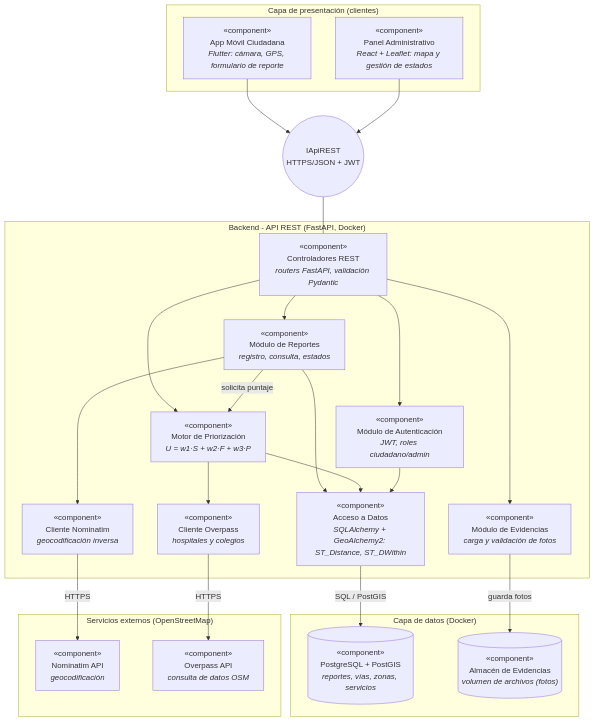
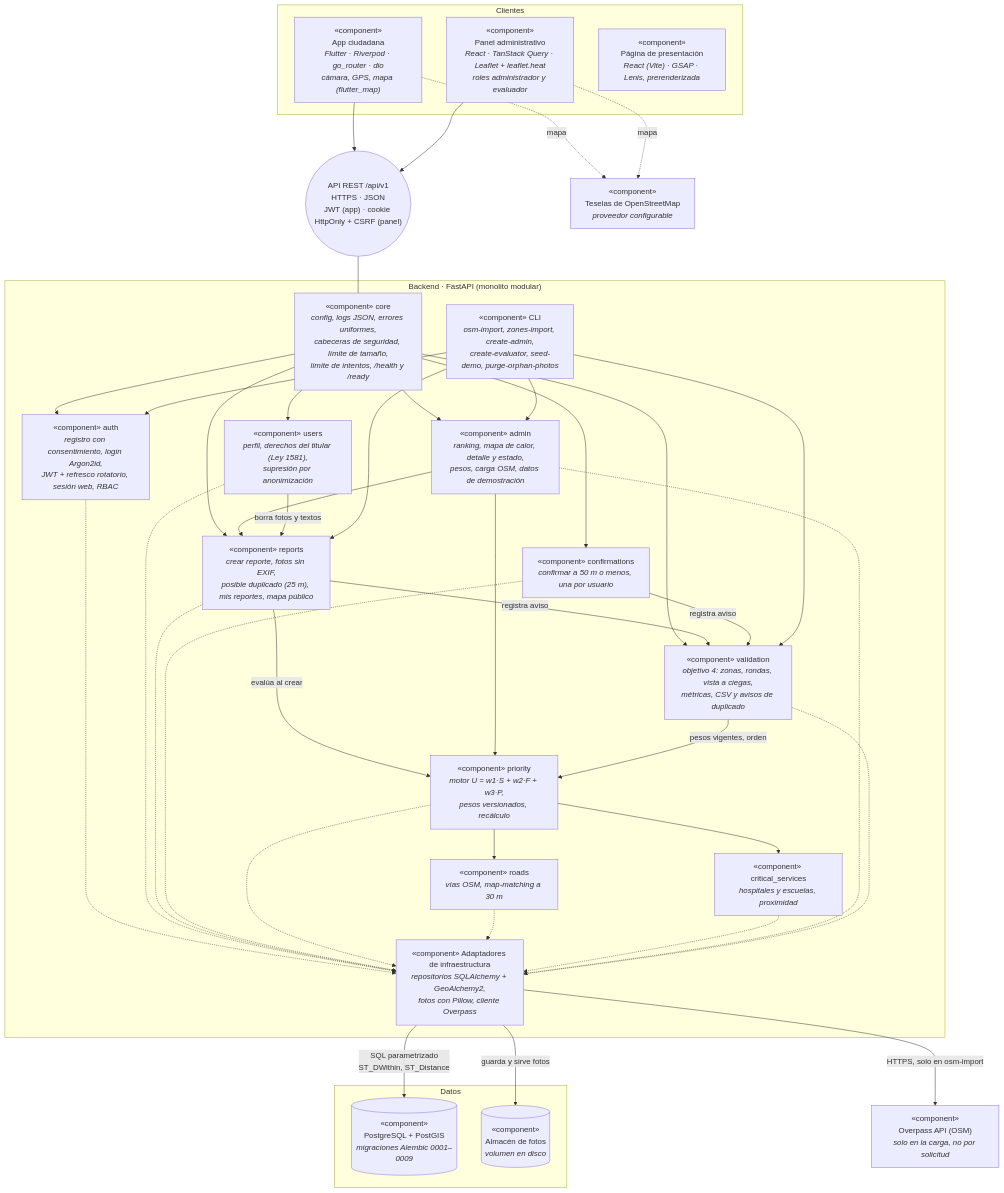
One commit to SantiagoTyrsArv/STREETREPO changed the diagram in docs/diagramas/componentes.md. Above: the diagram before and after it, drawn with Mermaid. The commit also changed other lines of this file and 4 other files, not shown here.

First line of the commit message:
docs(diagramas): actualizar clases, componentes y despliegue a lo construido

````diff
--- a/docs/diagramas/componentes.md
+++ b/docs/diagramas/componentes.md
@@ -7,48 +7,56 @@
 ```mermaid
 flowchart TB
-    subgraph presentacion["Capa de presentación (clientes)"]
-        app["«component»<br/>App Móvil Ciudadana<br/><i>Flutter: cámara, GPS, formulario de reporte</i>"]
-        panel["«component»<br/>Panel Administrativo<br/><i>React + Leaflet: mapa y gestión de estados</i>"]
+    subgraph clientes["Clientes"]
+        app["«component»<br/>App ciudadana<br/><i>Flutter · Riverpod · go_router · dio<br/>cámara, GPS, mapa (flutter_map)</i>"]
+        panel["«component»<br/>Panel administrativo<br/><i>React · TanStack Query · Leaflet + leaflet.heat<br/>roles administrador y evaluador</i>"]
+        landing["«component»<br/>Página de presentación<br/><i>React (Vite) · GSAP · Lenis, prerenderizada</i>"]
     end
 
-    iapi(("IApiREST<br/>HTTPS/JSON + JWT"))
+    iapi(("API REST /api/v1<br/>HTTPS · JSON<br/>JWT (app) · cookie HttpOnly + CSRF (panel)"))
 
-    subgraph backend["Backend - API REST (FastAPI, Docker)"]
-        router["«component»<br/>Controladores REST<br/><i>routers FastAPI, validación Pydantic</i>"]
-        auth["«component»<br/>Módulo de Autenticación<br/><i>JWT, roles ciudadano/admin</i>"]
-        rep["«component»<br/>Módulo de Reportes<br/><i>registro, consulta, estados</i>"]
-        evid["«component»<br/>Módulo de Evidencias<br/><i>carga y validación de fotos</i>"]
-        prior["«component»<br/>Motor de Priorización<br/><i>U = w1·S + w2·F + w3·P</i>"]
-        datos["«component»<br/>Acceso a Datos<br/><i>SQLAlchemy + GeoAlchemy2: ST_Distance, ST_DWithin</i>"]
-        nomc["«component»<br/>Cliente Nominatim<br/><i>geocodificación inversa</i>"]
-        ovc["«component»<br/>Cliente Overpass<br/><i>hospitales y colegios</i>"]
+    subgraph backend["Backend · FastAPI (monolito modular)"]
+        core["«component» core<br/><i>config, logs JSON, errores uniformes,<br/>cabeceras de seguridad, límite de tamaño,<br/>límite de intentos, /health y /ready</i>"]
+        auth["«component» auth<br/><i>registro con consentimiento, login Argon2id,<br/>JWT + refresco rotatorio, sesión web, RBAC</i>"]
+        users["«component» users<br/><i>perfil, derechos del titular (Ley 1581),<br/>supresión por anonimización</i>"]
+        reports["«component» reports<br/><i>crear reporte, fotos sin EXIF,<br/>posible duplicado (25 m), mis reportes, mapa público</i>"]
+        confirmations["«component» confirmations<br/><i>confirmar a 50 m o menos, una por usuario</i>"]
+        priority["«component» priority<br/><i>motor U = w1·S + w2·F + w3·P,<br/>pesos versionados, recálculo</i>"]
+        roads["«component» roads<br/><i>vías OSM, map-matching a 30 m</i>"]
+        services["«component» critical_services<br/><i>hospitales y escuelas, proximidad</i>"]
+        admin["«component» admin<br/><i>ranking, mapa de calor, detalle y estado,<br/>pesos, carga OSM, datos de demostración</i>"]
+        validation["«component» validation<br/><i>objetivo 4: zonas, rondas, vista a ciegas,<br/>métricas, CSV y avisos de duplicado</i>"]
+        cli["«component» CLI<br/><i>osm-import, zones-import, create-admin,<br/>create-evaluator, seed-demo, purge-orphan-photos</i>"]
+        infra["«component» Adaptadores de infraestructura<br/><i>repositorios SQLAlchemy + GeoAlchemy2,<br/>fotos con Pillow, cliente Overpass</i>"]
     end
 
-    subgraph capaDatos["Capa de datos (Docker)"]
-        pg[("«component»<br/>PostgreSQL + PostGIS<br/><i>reportes, vías, zonas, servicios</i>")]
-        alm[("«component»<br/>Almacén de Evidencias<br/><i>volumen de archivos (fotos)</i>")]
+    subgraph datos["Datos"]
+        pg[("«component»<br/>PostgreSQL + PostGIS<br/><i>migraciones Alembic 0001–0009</i>")]
+        fotos[("«component»<br/>Almacén de fotos<br/><i>volumen en disco</i>")]
     end
 
-    subgraph externos["Servicios externos (OpenStreetMap)"]
-        nomapi["«component»<br/>Nominatim API<br/><i>geocodificación</i>"]
-        ovapi["«component»<br/>Overpass API<br/><i>consulta de datos OSM</i>"]
-    end
+    overpass["«component»<br/>Overpass API (OSM)<br/><i>solo en la carga, no por solicitud</i>"]
+    tiles["«component»<br/>Teselas de OpenStreetMap<br/><i>proveedor configurable</i>"]
 
     app --> iapi
     panel --> iapi
-    iapi --- router
-    router --> auth
-    router --> rep
-    router --> evid
-    router --> prior
-    rep -- "solicita puntaje" --> prior
-    rep --> datos
-    rep --> nomc
-    prior --> ovc
-    prior --> datos
-    auth --> datos
-    evid -- "guarda fotos" --> alm
-    datos -- "SQL / PostGIS" --> pg
-    nomc -- "HTTPS" --> nomapi
-    ovc -- "HTTPS" --> ovapi
+    app -. "mapa" .-> tiles
+    panel -. "mapa" .-> tiles
+    iapi --- core
+    core --> auth & users & reports & confirmations & admin & validation
+
+    reports -- "evalúa al crear" --> priority
+    reports -- "registra aviso" --> validation
+    confirmations -- "registra aviso" --> validation
+    admin --> priority
+    admin --> reports
+    validation -- "pesos vigentes, orden" --> priority
+    priority --> roads
+    priority --> services
+    users -- "borra fotos y textos" --> reports
+    cli --> admin & validation & auth & reports
+
+    auth & users & reports & confirmations & priority & roads & services & admin & validation -.-> infra
+    infra -- "SQL parametrizado<br/>ST_DWithin, ST_Distance" --> pg
+    infra -- "guarda y sirve fotos" --> fotos
+    infra -- "HTTPS, solo en osm-import" --> overpass
 ```
````
